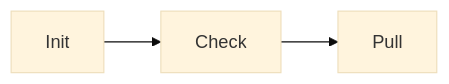
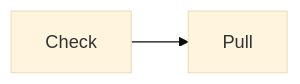
One commit to kubeedge/kubeedge changed the fourth of 7 diagrams in docs/proposals/edge-node-tasks-status-enhancement.md. Above: the diagram before and after it, drawn with Mermaid (base theme). The commit also changed other lines of this file and 3 other files, not shown here.

````diff
--- a/docs/proposals/edge-node-tasks-status-enhancement.md
+++ b/docs/proposals/edge-node-tasks-status-enhancement.md
@@ -64,5 +78,4 @@
     ```mermaid
     graph LR
-    A[Init] --> B[Check]
-    B --> C[Pull]
+    A[Check] --> B[Pull]
     ```
````
